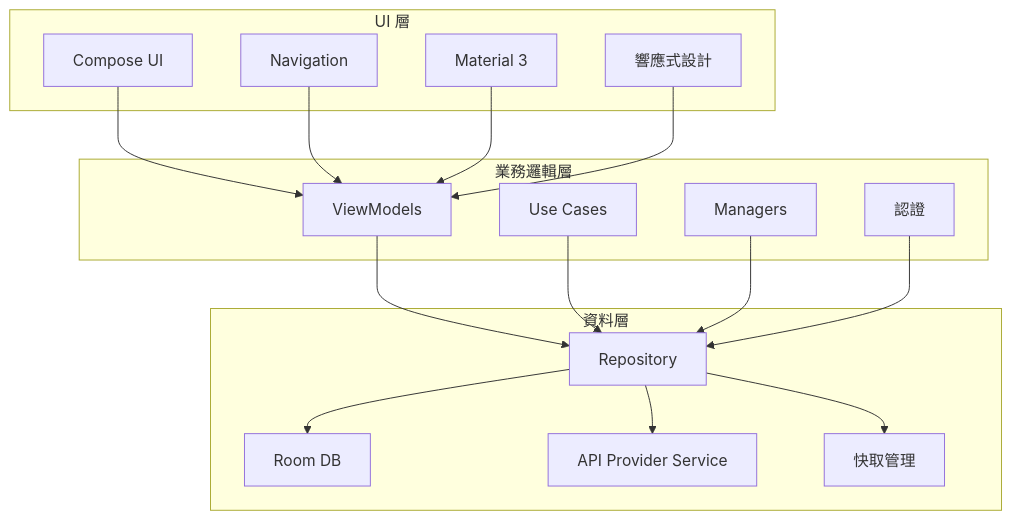
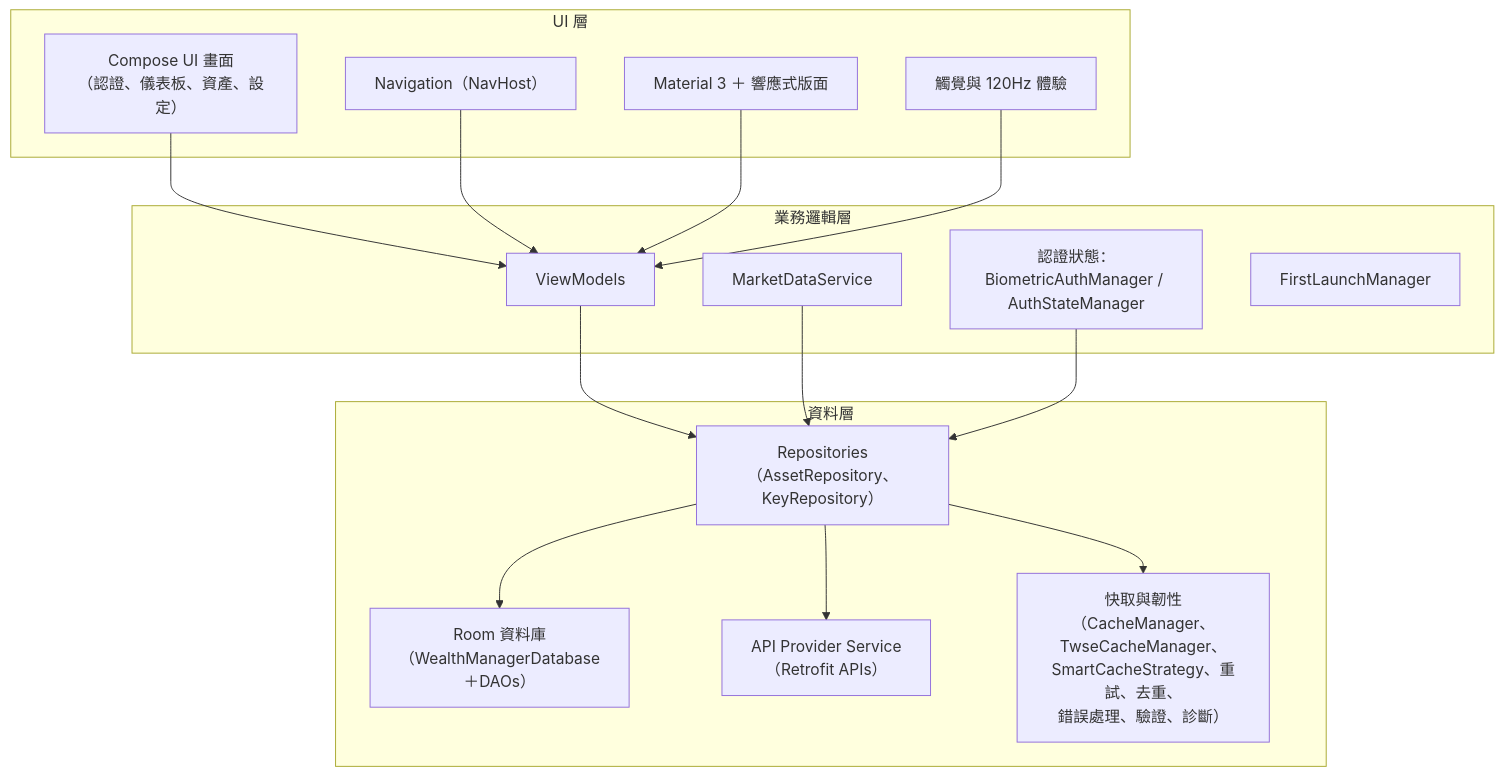
One commit to kuoyaoming/Wealth-Manager changed the first of 3 diagrams in README_zh.md. Above: the diagram before and after it, drawn with Mermaid. The commit also changed other lines of this file and 15 other files, not shown here.

First line of the commit message:
Refactor: Update architecture diagrams and remove deprecated components

````diff
--- a/README_zh.md
+++ b/README_zh.md
@@ -108,35 +108,36 @@
 ```mermaid
 graph TB
-    subgraph "UI 層"
-        A[Compose UI]
-        B[Navigation]
-        C[Material 3]
-        D[響應式設計]
-    end
+  subgraph "UI 層"
+    U1[Compose UI 畫面\n（認證、儀表板、資產、設定）]
+    U2[Navigation（NavHost）]
+    U3[Material 3 ＋ 響應式版面]
+    U4[觸覺與 120Hz 體驗]
+  end
 
-    subgraph "業務邏輯層"
-        E[ViewModels]
-        F[Use Cases]
-        G[Managers]
-        H[認證]
-    end
+  subgraph "業務邏輯層"
+    B1[ViewModels]
+    B2[MarketDataService]
+    B3[認證狀態：BiometricAuthManager / AuthStateManager]
+    B4[FirstLaunchManager]
+  end
 
-    subgraph "資料層"
-        I[Repository]
-        J[Room DB]
-        K[API Provider Service]
-        L[快取管理]
-    end
+  subgraph "資料層"
+    D1[Repositories\n（AssetRepository、KeyRepository）]
+    D2[Room 資料庫\n（WealthManagerDatabase＋DAOs）]
+    D3[API Provider Service\n（Retrofit APIs）]
+    D4[快取與韌性\n（CacheManager、TwseCacheManager、\nSmartCacheStrategy、重試、去重、\n錯誤處理、驗證、診斷）]
+  end
 
-    A --> E
-    B --> E
-    C --> E
-    D --> E
-    E --> I
-    F --> I
-    G --> I
-    H --> I
-    I --> J
-    I --> K
-    I --> L
+  U1 --> B1
+  U2 --> B1
+  U3 --> B1
+  U4 --> B1
+
+  B1 --> D1
+  B2 --> D1
+  B3 --> D1
+
+  D1 --> D2
+  D1 --> D3
+  D1 --> D4
 ```
````
